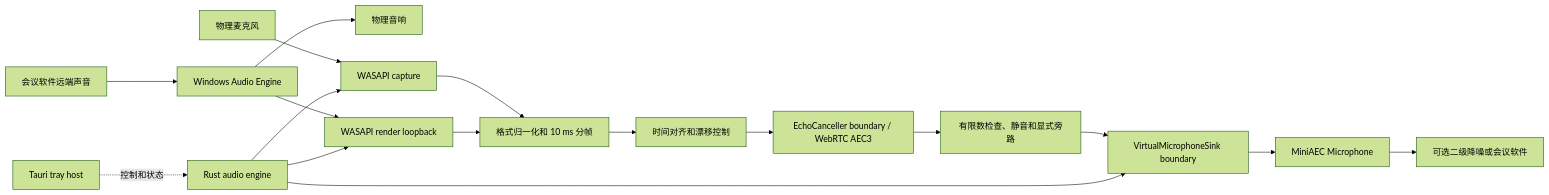
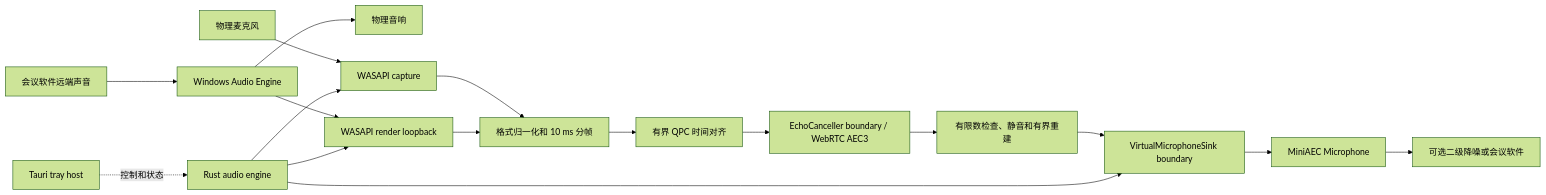
Before and after one commit to dsrkafuu/mini-aec: the diagram in docs/technical-plan.md, drawn with Mermaid (forest theme). The commit also changed other lines of this file and 27 other files, not shown here.

````diff
--- a/docs/technical-plan.md
+++ b/docs/technical-plan.md
@@ -34,19 +34,19 @@
 ```mermaid
 flowchart LR
   Remote["会议软件远端声音"] --> Mixer["Windows Audio Engine"]
   Mixer --> Speaker["物理音响"]
   Mixer --> Loopback["WASAPI render loopback"]
   Mic["物理麦克风"] --> Capture["WASAPI capture"]
   Capture --> Normalize["格式归一化和 10 ms 分帧"]
   Loopback --> Normalize
-  Normalize --> Align["时间对齐和漂移控制"]
+  Normalize --> Align["有界 QPC 时间对齐"]
   Align --> AEC["EchoCanceller boundary / WebRTC AEC3"]
-  AEC --> Safety["有限数检查、静音和显式旁路"]
+  AEC --> Safety["有限数检查、静音和有界重建"]
   Safety --> Bridge["VirtualMicrophoneSink boundary"]
   Bridge --> Driver["MiniAEC Microphone"]
   Driver --> Downstream["可选二级降噪或会议软件"]
   Tray["Tauri tray host"] -. 控制和状态 .-> Engine["Rust audio engine"]
   Engine --> Capture
   Engine --> Loopback
   Engine --> Bridge
 ```
````
